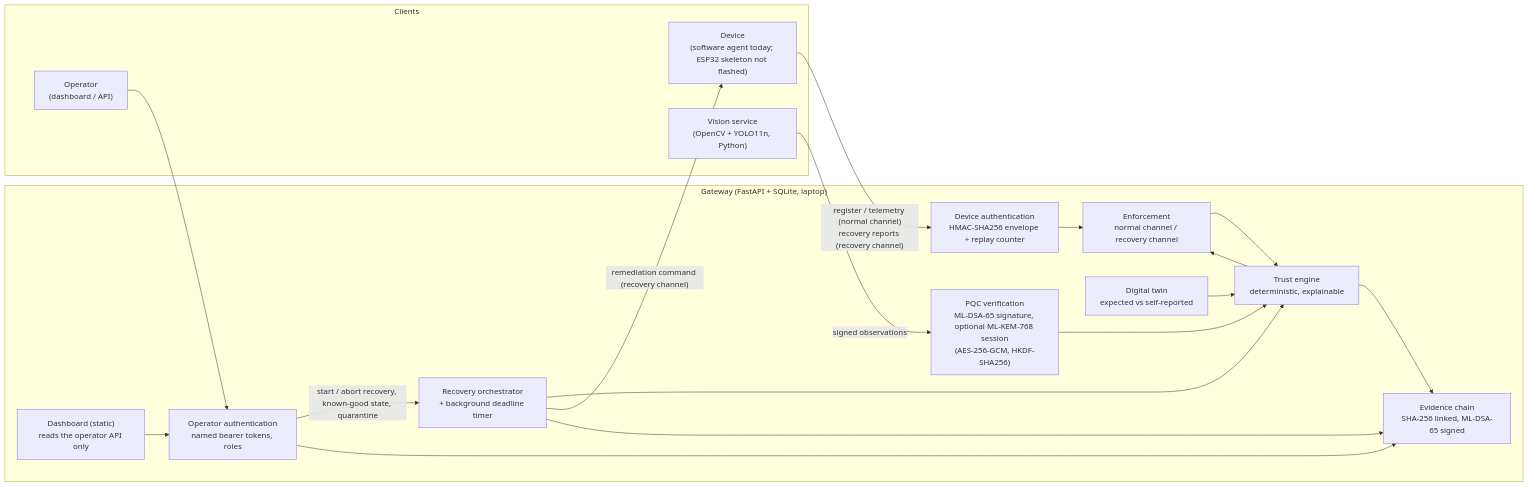
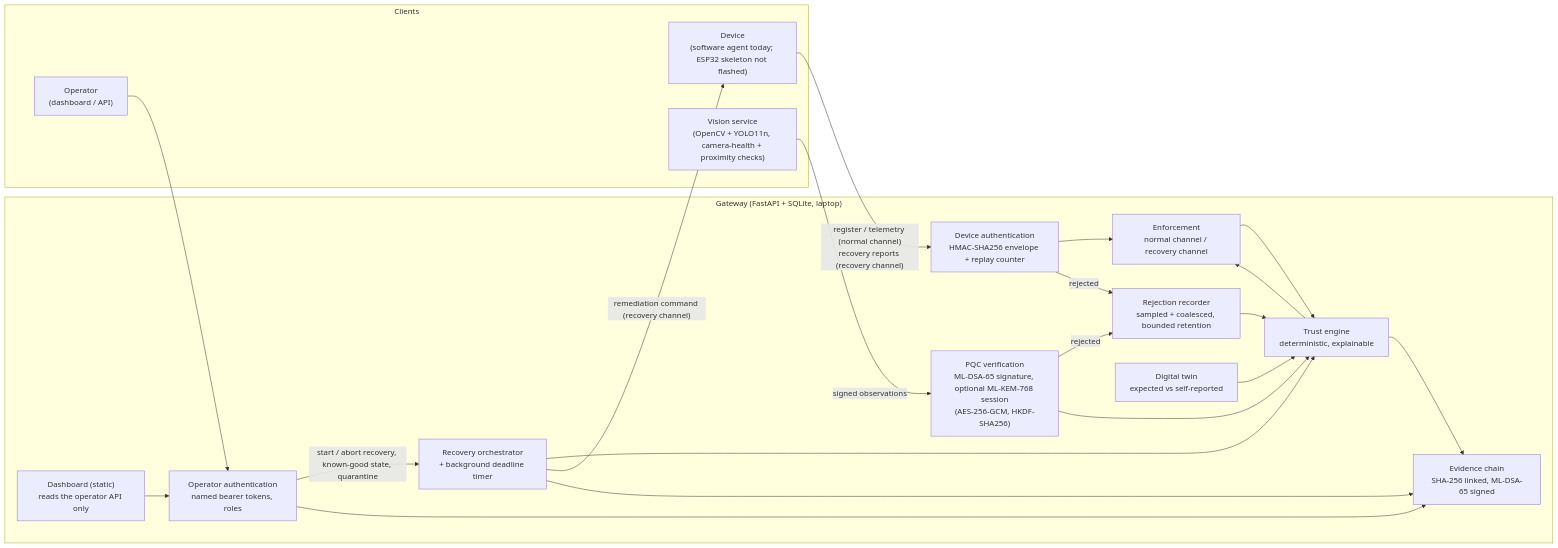
The diagram in docs/architecture/system-architecture.md (Zynx095/Q-shield), drawn with Mermaid before and after one commit. The commit also changed other lines of this file and 8 other files, not shown here.

````diff
--- a/docs/architecture/system-architecture.md
+++ b/docs/architecture/system-architecture.md
@@ -6,36 +6,40 @@
 ```mermaid
 flowchart LR
     subgraph Clients
         DEV["Device<br/>(software agent today; ESP32 skeleton not flashed)"]
-        VIS["Vision service<br/>(OpenCV + YOLO11n, Python)"]
+        VIS["Vision service<br/>(OpenCV + YOLO11n, camera-health + proximity checks)"]
         OPS["Operator<br/>(dashboard / API)"]
     end
 
     subgraph Gateway ["Gateway (FastAPI + SQLite, laptop)"]
         AUTH["Device authentication<br/>HMAC-SHA256 envelope + replay counter"]
+        REJ["Rejection recorder<br/>sampled + coalesced, bounded retention"]
         PQC["PQC verification<br/>ML-DSA-65 signature, optional ML-KEM-768 session<br/>(AES-256-GCM, HKDF-SHA256)"]
         OPA["Operator authentication<br/>named bearer tokens, roles"]
         ENF["Enforcement<br/>normal channel / recovery channel"]
         TRUST["Trust engine<br/>deterministic, explainable"]
         TWIN["Digital twin<br/>expected vs self-reported"]
         REC["Recovery orchestrator<br/>+ background deadline timer"]
         EV["Evidence chain<br/>SHA-256 linked, ML-DSA-65 signed"]
         DASH["Dashboard (static)<br/>reads the operator API only"]
     end
 
     DEV -- "register / telemetry (normal channel)<br/>recovery reports (recovery channel)" --> AUTH
     AUTH --> ENF
+    AUTH -- "rejected" --> REJ
+    PQC -- "rejected" --> REJ
+    REJ --> TRUST
     VIS -- "signed observations" --> PQC
     OPS --> OPA
     OPA -- "start / abort recovery, known-good state, quarantine" --> REC
     ENF --> TRUST
     PQC --> TRUST
     TWIN --> TRUST
     TRUST --> ENF
     TRUST --> EV
     REC --> TRUST
     REC -- "remediation command (recovery channel)" --> DEV
     REC --> EV
     OPA --> EV
     DASH --> OPA
 ```
````
